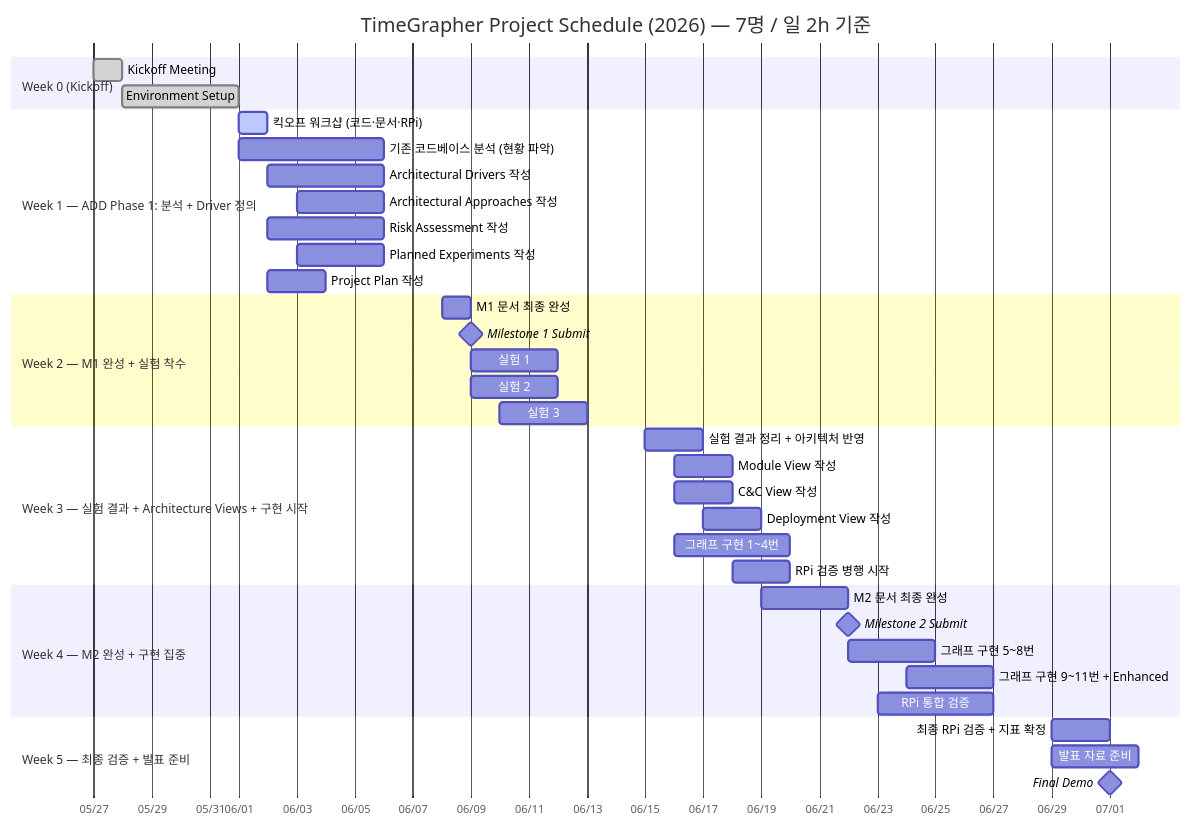
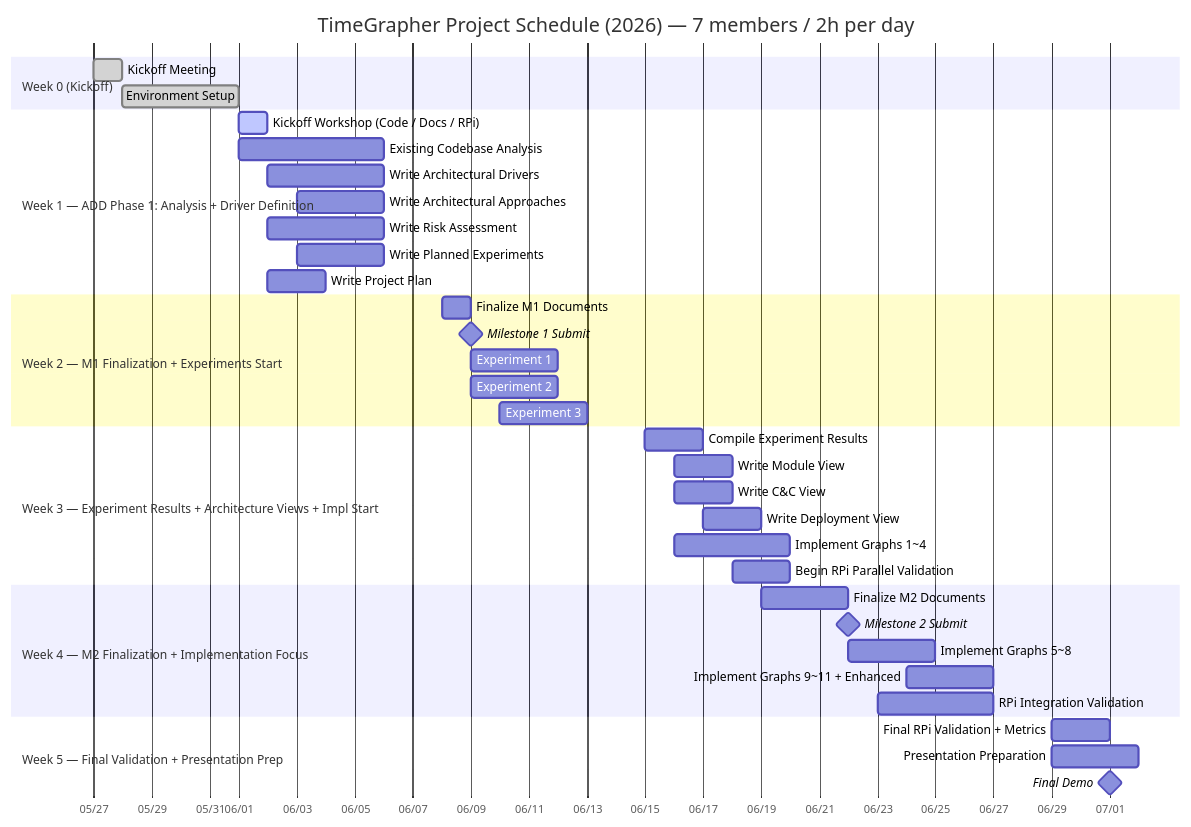
One commit to Ji-Min-Lee/2026-3-sw-architect-studio-project changed the diagram in .claude/skills/time-grapher/references/project/todo.md. Above: the diagram before and after it, drawn with Mermaid. The commit also changed other lines of this file, not shown here.

````diff
--- a/.claude/skills/time-grapher/references/project/todo.md
+++ b/.claude/skills/time-grapher/references/project/todo.md
@@ -5,46 +5,46 @@
 ```mermaid
 gantt
-    title TimeGrapher Project Schedule (2026) — 7명 / 일 2h 기준
+    title TimeGrapher Project Schedule (2026) — 7 members / 2h per day
     dateFormat  YYYY-MM-DD
     axisFormat %m/%d
 
     section Week 0 (Kickoff)
-    Kickoff Meeting               :done,    koff, 2026-05-27, 1d
-    Environment Setup             :done,    env,  2026-05-28, 4d
+    Kickoff Meeting                        :done,    koff, 2026-05-27, 1d
+    Environment Setup                      :done,    env,  2026-05-28, 4d
 
-    section Week 1 — ADD Phase 1: 분석 + Driver 정의
-    킥오프 워크샵 (코드·문서·RPi)   :active,  ws,   2026-06-01, 1d
-    기존 코드베이스 분석 (현황 파악) :         ca,   2026-06-01, 5d
-    Architectural Drivers 작성      :         ad,   2026-06-02, 4d
-    Architectural Approaches 작성   :         aa,   2026-06-03, 3d
-    Risk Assessment 작성            :         ra,   2026-06-02, 4d
-    Planned Experiments 작성        :         pe,   2026-06-03, 3d
-    Project Plan 작성               :         pp,   2026-06-02, 2d
+    section Week 1 — ADD Phase 1: Analysis + Driver Definition
+    Kickoff Workshop (Code / Docs / RPi)   :active,  ws,   2026-06-01, 1d
+    Existing Codebase Analysis             :         ca,   2026-06-01, 5d
+    Write Architectural Drivers            :         ad,   2026-06-02, 4d
+    Write Architectural Approaches         :         aa,   2026-06-03, 3d
+    Write Risk Assessment                  :         ra,   2026-06-02, 4d
+    Write Planned Experiments              :         pe,   2026-06-03, 3d
+    Write Project Plan                     :         pp,   2026-06-02, 2d
 
-    section Week 2 — M1 완성 + 실험 착수
-    M1 문서 최종 완성               :         m1d,  2026-06-08, 1d
-    Milestone 1 Submit              :milestone, m1, 2026-06-09, 0d
-    실험 1: RPi sps 성능 측정       :         ex1,  2026-06-09, 3d
-    실험 2: Qt GUI 렌더링 FPS       :         ex2,  2026-06-09, 3d
-    실험 3: T1·T3 검출 정확도       :         ex3,  2026-06-10, 3d
+    section Week 2 — M1 Finalization + Experiments Start
+    Finalize M1 Documents                  :         m1d,  2026-06-08, 1d
+    Milestone 1 Submit                     :milestone, m1, 2026-06-09, 0d
+    Experiment 1: RPi sps Performance      :         ex1,  2026-06-09, 3d
+    Experiment 2: Qt GUI Rendering FPS     :         ex2,  2026-06-09, 3d
+    Experiment 3: T1/T3 Detection Accuracy :         ex3,  2026-06-10, 3d
 
-    section Week 3 — 실험 결과 + Architecture Views + 구현 시작
-    실험 결과 정리 + 아키텍처 반영  :         er,   2026-06-15, 2d
-    Module View 작성                :         mv,   2026-06-16, 2d
-    C&C View 작성                   :         cv,   2026-06-16, 2d
-    Deployment View 작성            :         dv,   2026-06-17, 2d
-    그래프 구현 1~4번               :         gi1,  2026-06-16, 4d
-    RPi 검증 병행 시작              :         rpv1, 2026-06-18, 2d
+    section Week 3 — Experiment Results + Architecture Views + Impl Start
+    Compile Experiment Results             :         er,   2026-06-15, 2d
+    Write Module View                      :         mv,   2026-06-16, 2d
+    Write C&C View                         :         cv,   2026-06-16, 2d
+    Write Deployment View                  :         dv,   2026-06-17, 2d
+    Implement Graphs 1~4                   :         gi1,  2026-06-16, 4d
+    Begin RPi Parallel Validation          :         rpv1, 2026-06-18, 2d
 
-    section Week 4 — M2 완성 + 구현 집중
-    M2 문서 최종 완성               :         m2d,  2026-06-19, 3d
-    Milestone 2 Submit              :milestone, m2, 2026-06-22, 0d
-    그래프 구현 5~8번               :         gi2,  2026-06-22, 3d
-    그래프 구현 9~11번 + Enhanced   :         gi3,  2026-06-24, 3d
-    RPi 통합 검증                   :         rpv2, 2026-06-23, 4d
+    section Week 4 — M2 Finalization + Implementation Focus
+    Finalize M2 Documents                  :         m2d,  2026-06-19, 3d
+    Milestone 2 Submit                     :milestone, m2, 2026-06-22, 0d
+    Implement Graphs 5~8                   :         gi2,  2026-06-22, 3d
+    Implement Graphs 9~11 + Enhanced       :         gi3,  2026-06-24, 3d
+    RPi Integration Validation             :         rpv2, 2026-06-23, 4d
 
-    section Week 5 — 최종 검증 + 발표 준비
-    최종 RPi 검증 + 지표 확정       :         fv,   2026-06-29, 2d
-    발표 자료 준비                  :         pr,   2026-06-29, 3d
-    Final Demo                      :milestone, m3, 2026-07-01, 0d
+    section Week 5 — Final Validation + Presentation Prep
+    Final RPi Validation + Metrics         :         fv,   2026-06-29, 2d
+    Presentation Preparation               :         pr,   2026-06-29, 3d
+    Final Demo                             :milestone, m3, 2026-07-01, 0d
 ```
````
